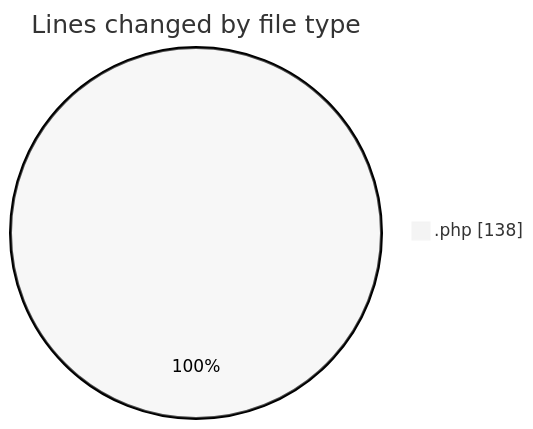
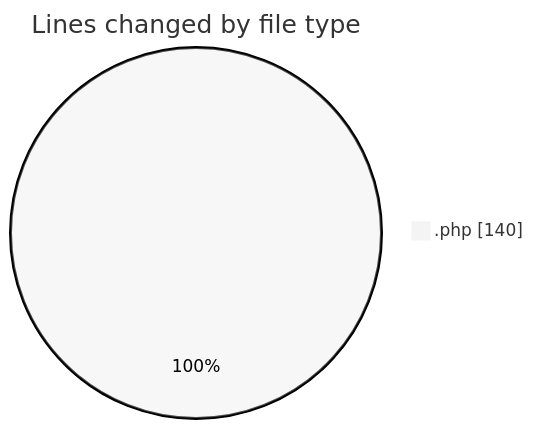
Before and after one commit to LanceThiago/code-tracking: the first of 2 diagrams in 2025-06-10/qrcodejs-master/README.md, drawn with Mermaid (neutral theme). The commit also changed other lines of this file and 1 other file, not shown here.

````diff
--- a/2025-06-10/qrcodejs-master/README.md
+++ b/2025-06-10/qrcodejs-master/README.md
@@ -20,5 +20,5 @@
 ```mermaid
 pie showData
 title Lines changed by file type
-".php" : 138
+".php" : 140
 ```
````
